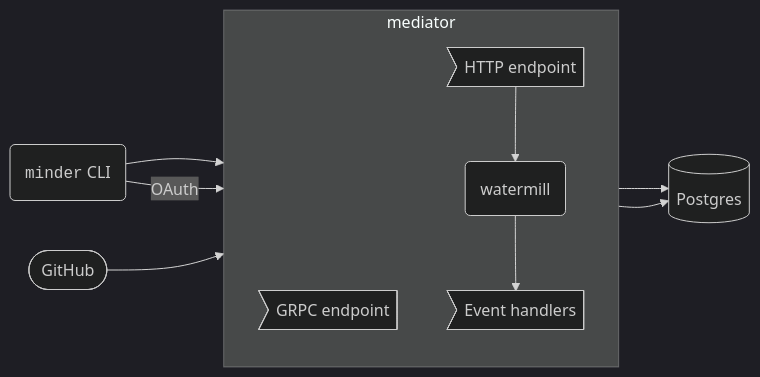
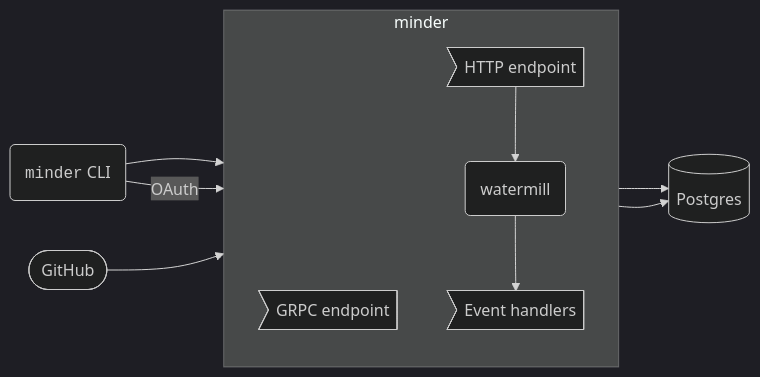
The diagram in docs/docs/developer_guide/architecture.md (mindersec/minder), drawn with Mermaid (dark theme) before and after one commit. The commit also changed other lines of this file and 61 other files, not shown here.

Commit message:
Rename mediator to minder

````diff
--- a/docs/docs/developer_guide/architecture.md
+++ b/docs/docs/developer_guide/architecture.md
@@ -15,35 +15,35 @@
 ```mermaid
 flowchart LR
-    subgraph mediator
+    subgraph minder
         %% flow from top to bottom
         direction TB
 
         grpc>GRPC endpoint]
         click grpc "/api" "GRPC auto-generated documentation"
         web>HTTP endpoint]
         click web "https://github.com/stacklok/minder/blob/main/internal/controlplane/server.go#L210" "Webserver URL registration code"
         events("watermill")
         click events "https://watermill.io/docs" "Watermill event processing library"
 
         handler>Event handlers]
         click handler "https://github.com/stacklok/minder/blob/main/cmd/server/app/serve.go#L69" "Registered event handlers"
     end
 
     cloud([GitHub])
     cli("<code>minder</code> CLI")
     click cli "https://github.com/stacklok/minder/tree/main/cmd/cli"
 
     db[(Postgres)]
-    click postgres "/db/mediator_db_schema" "Database schema"
+    click postgres "/db/minder_db_schema" "Database schema"
 
     cli --> grpc
     cli --OAuth--> web
     cloud --> web
 
     grpc --> db
     web --> db
 
     web --> events
 
     events --> handler
 ```
````
